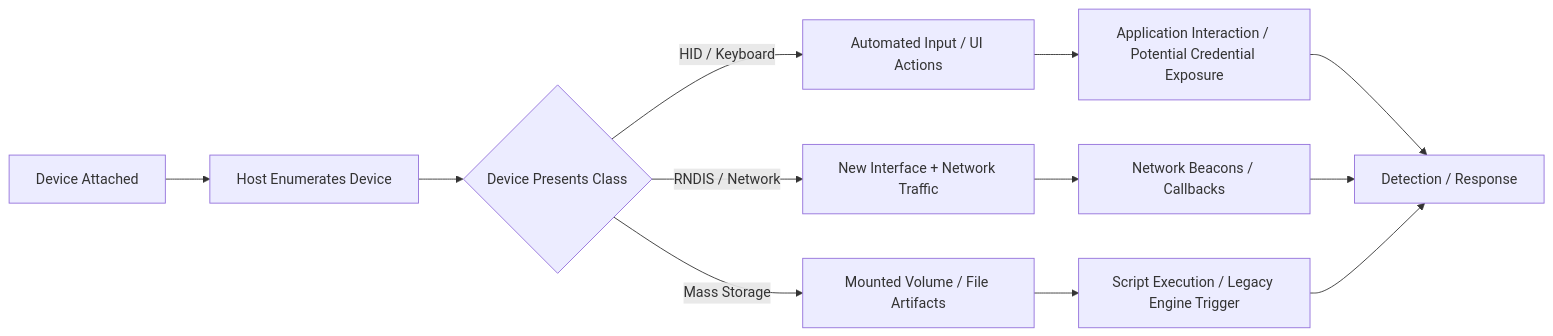
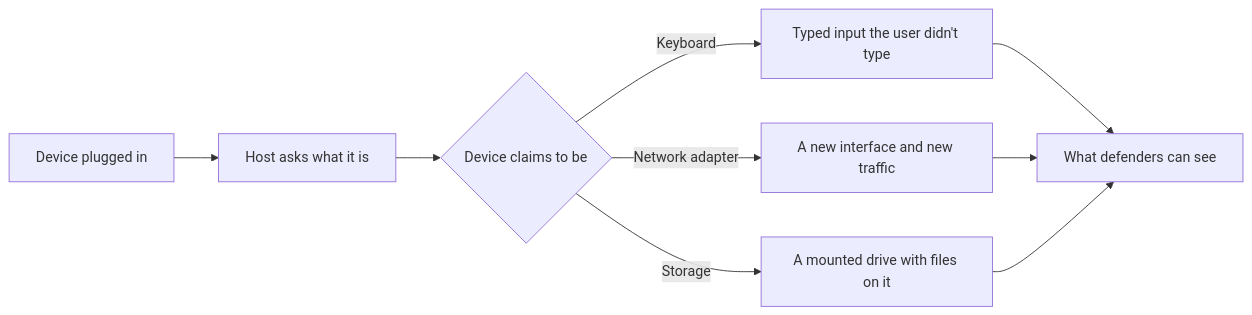
Before and after one commit to GamehunterKaan/kaangultekin.net: the diagram in _pages/projects/badusb-pocs.md, drawn with Mermaid. The commit also changed other lines of this file and 18 other files, not shown here.

```diff
--- a/_pages/projects/badusb-pocs.md
+++ b/_pages/projects/badusb-pocs.md
@@ -66,14 +42,11 @@
 <div class="mermaid">
 flowchart LR
-  A[Device Attached] --> B[Host Enumerates Device]
-  B --> C{Device Presents Class}
-  C -->|HID / Keyboard| D[Automated Input / UI Actions]
-  C -->|RNDIS / Network| E[New Interface + Network Traffic]
-  C -->|Mass Storage| F[Mounted Volume / File Artifacts]
-  D --> G[Application Interaction / Potential Credential Exposure]
-  E --> H[Network Beacons / Callbacks]
-  F --> I[Script Execution / Legacy Engine Trigger]
-  G --> J[Detection / Response]
-  H --> J
-  I --> J
+  A[Device plugged in] --> B[Host asks what it is]
+  B --> C{Device claims to be}
+  C -->|Keyboard| D[Typed input the user didn't type]
+  C -->|Network adapter| E[A new interface and new traffic]
+  C -->|Storage| F[A mounted drive with files on it]
+  D --> J[What defenders can see]
+  E --> J
+  F --> J
 </div>
```
